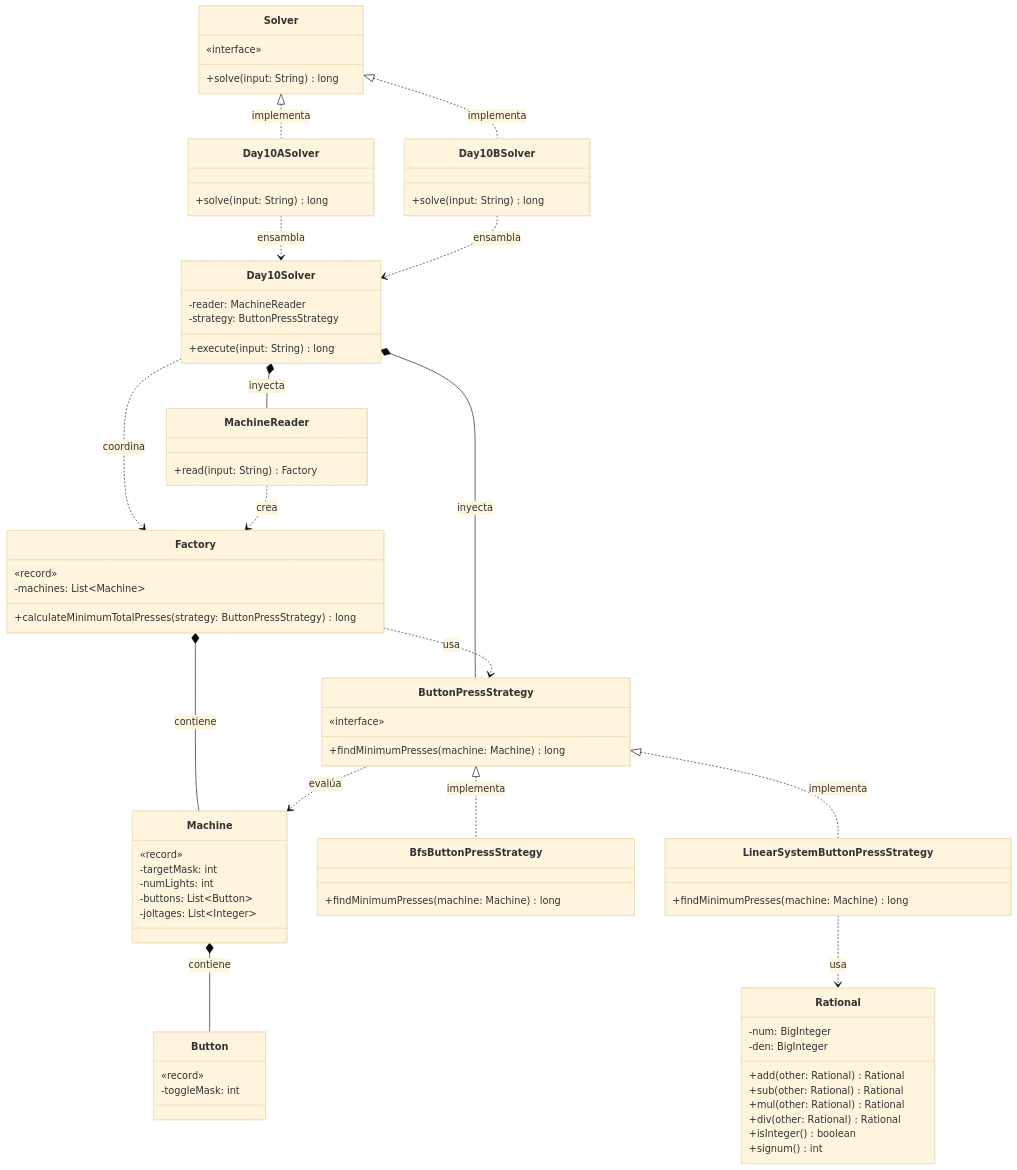
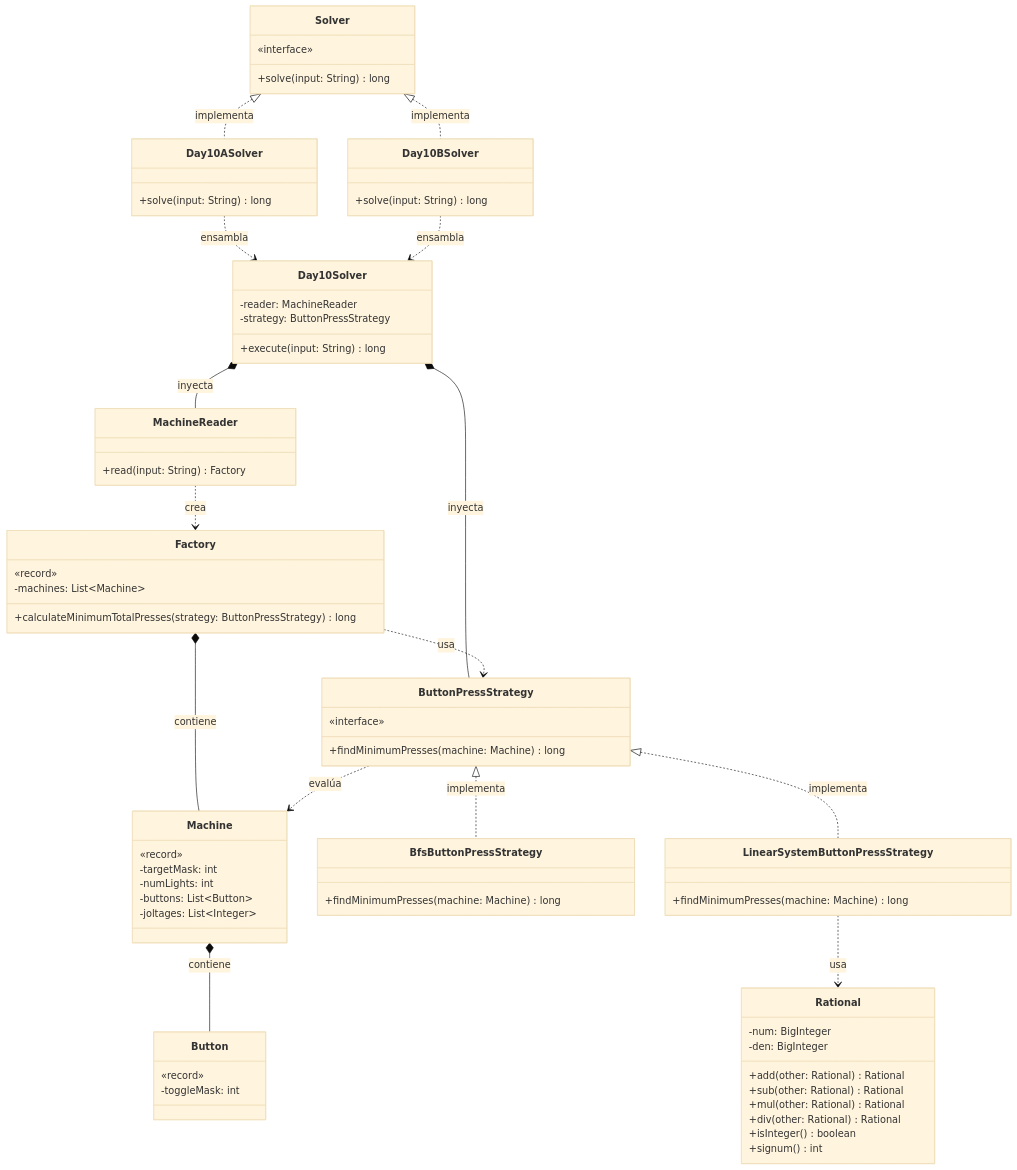
One commit to ivanperezdiaz829/AoC2025 changed the diagram in src/main/java/software/aoc/day10/README.md. Above: the diagram before and after it, drawn with Mermaid (base theme).

Commit message:
fix(README): Relations modified

```diff
--- a/src/main/java/software/aoc/day10/README.md
+++ b/src/main/java/software/aoc/day10/README.md
@@ -122,7 +122,6 @@
   Day10Solver *-- ButtonPressStrategy : inyecta
 
 %% Relaciones de Dominio
-  Day10Solver ..> Factory : coordina
   Factory *-- Machine : contiene
   Factory ..> ButtonPressStrategy : usa
   Machine *-- Button : contiene
```
